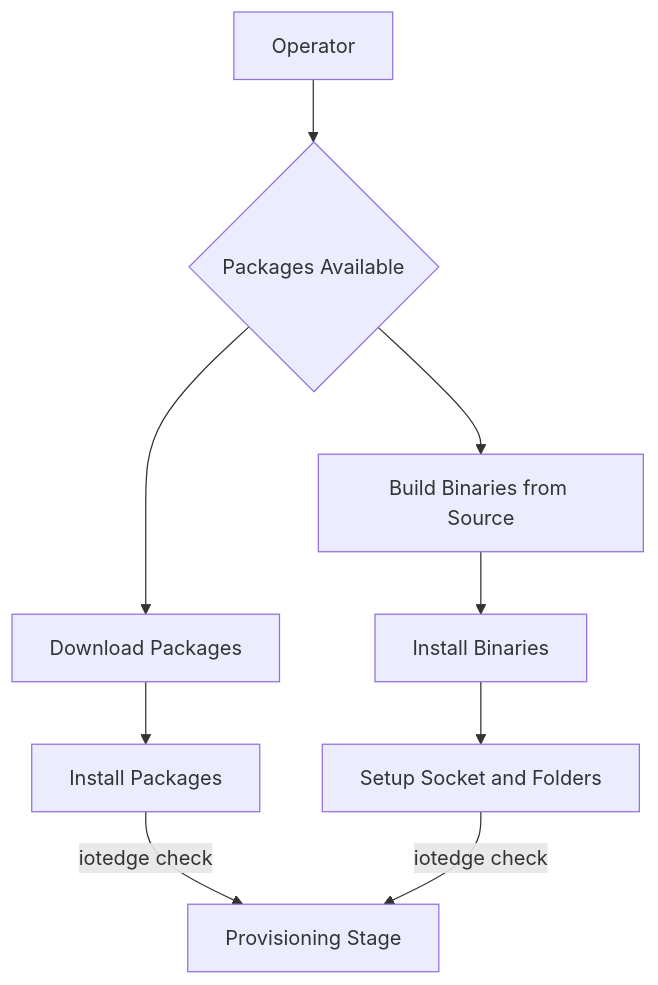
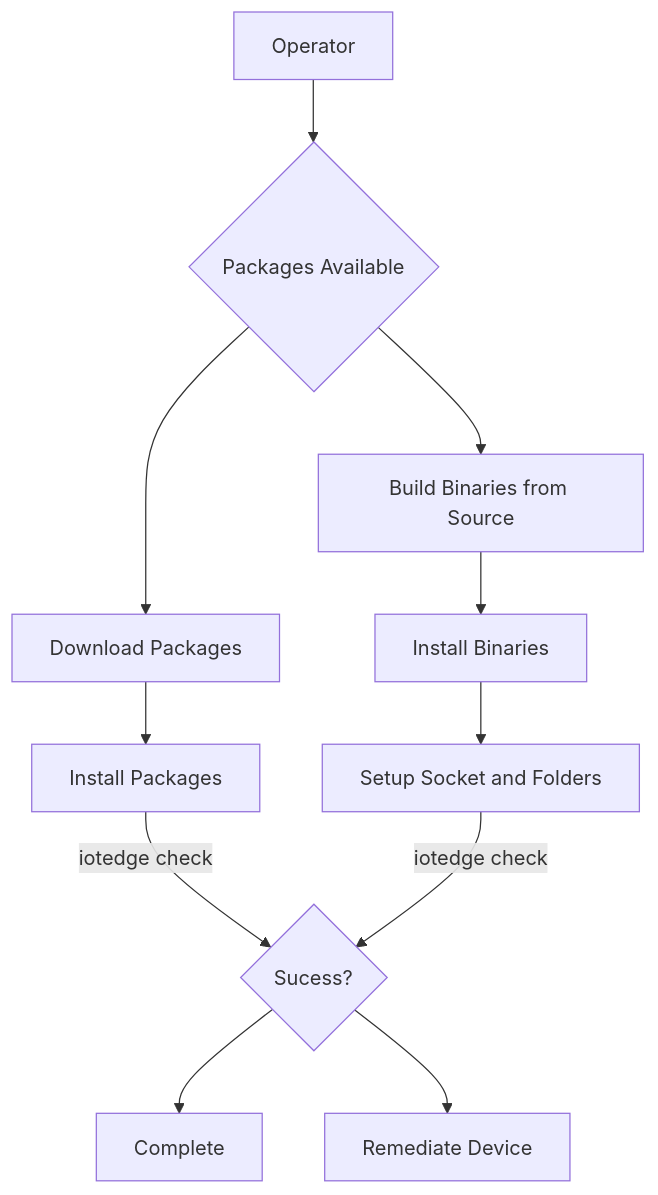
The second of 3 diagrams in platform-validation/doc/ValidationToolKit.md (Azure/iotedge), drawn with Mermaid before and after one commit. The commit also changed other lines of this file, not shown here.

Commit message:
Add Cert Check

````diff
--- a/platform-validation/doc/ValidationToolKit.md
+++ b/platform-validation/doc/ValidationToolKit.md
@@ -33,11 +33,13 @@
 ```mermaid
 graph TD
     A[Operator] -->B{Packages Available}
     B --> C[Download Packages]
     C --> F[Install Packages]
     B --> D[Build Binaries from Source]
     D --> E[Install Binaries]
     E --> H[Setup Socket and Folders]
-    F --> | iotedge check | G[Provisioning Stage]
-    H --> | iotedge check |G[Provisioning Stage]
+    F --> | iotedge check | G{Sucess?}
+    H --> | iotedge check |G
+    G --> I[Complete]
+    G --> J[Remediate Device]
 ```
````
